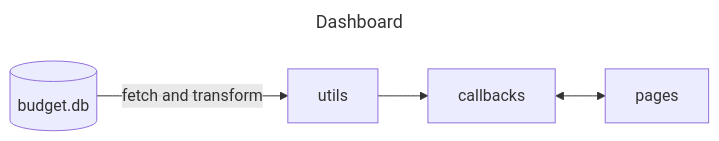
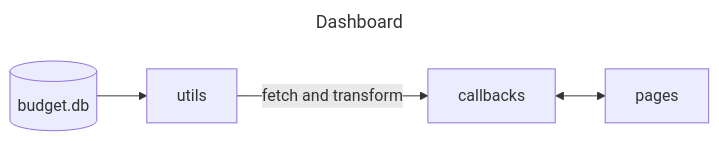
The second of 4 diagrams in README.md (swp-berlin/ru_budget_tracker), drawn with Mermaid before and after one commit.

Commit message:
Updated Structure diagram in README 2

````diff
--- a/README.md
+++ b/README.md
@@ -55,10 +55,9 @@
 ```mermaid
 ---
 title: Dashboard
 ---
 flowchart LR
 DB[(budget.db)]
 UTILS[utils]
-DB -->|fetch and transform| UTILS
-UTILS --> CTRL[callbacks] <--> V[pages]
+DB --> UTILS -->|fetch and transform| CTRL[callbacks] <--> V[pages]
 ```
````
